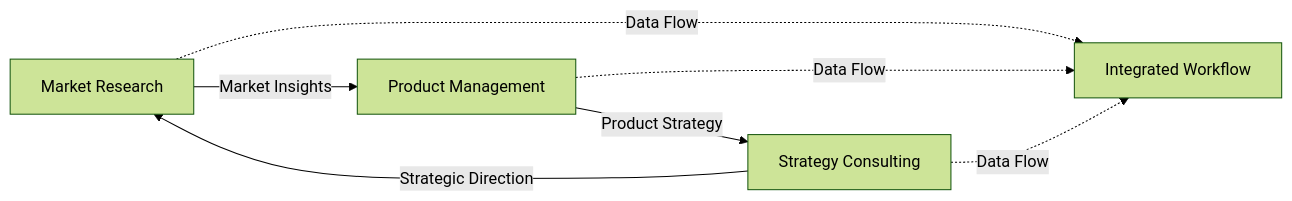
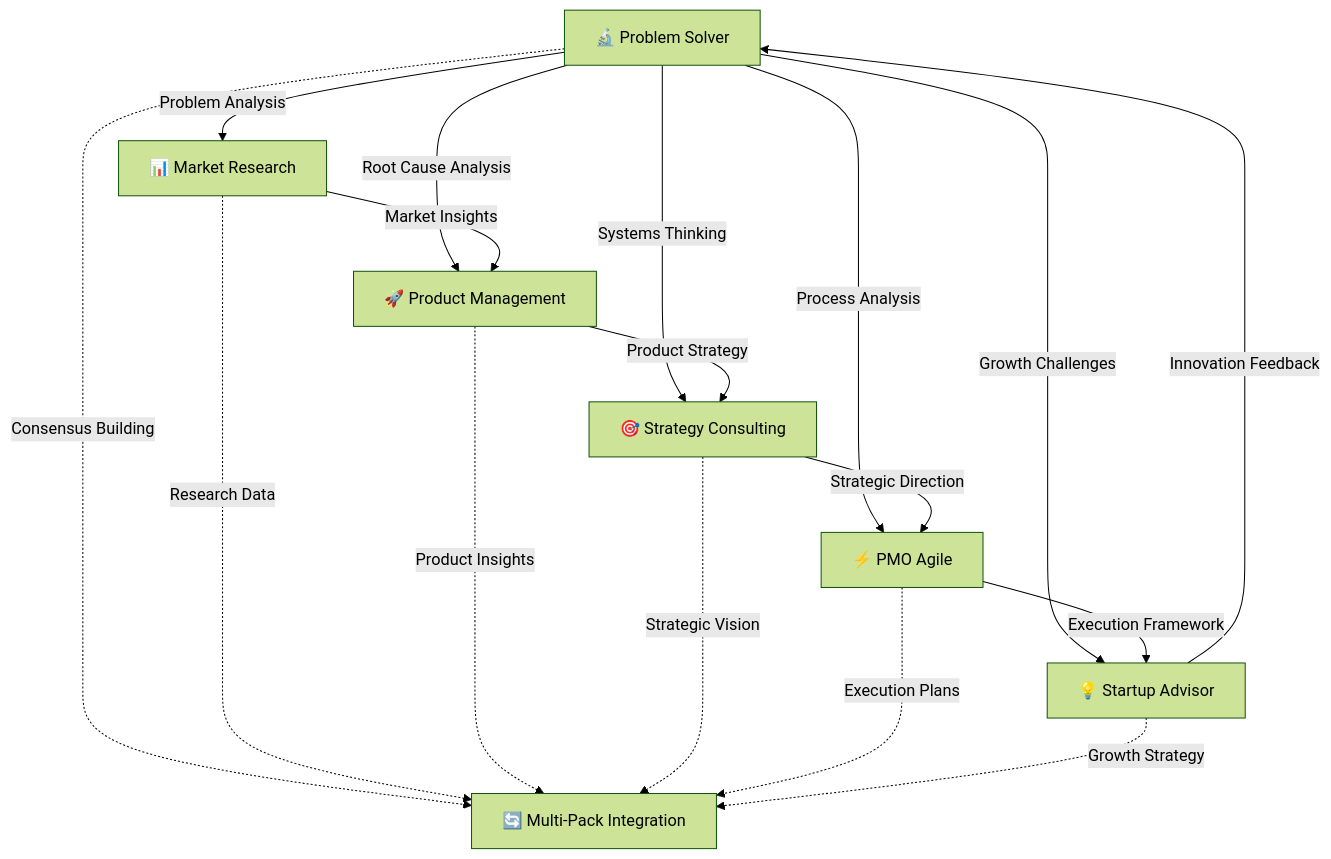
One commit to blackbirdzzzz365-gif/BMAD-METHOD-EXP-B changed the diagram in README.md. Above: the diagram before and after it, drawn with Mermaid (forest theme). The commit also changed other lines of this file, not shown here.

First line of the commit message:
docs: Update project README to reflect complete 6-pack ecosystem v1.1.0

````diff
--- a/README.md
+++ b/README.md
@@ -136,10 +211,21 @@
 ```mermaid
-graph LR
-    MR[Market Research] -->|Market Insights| PM[Product Management]
-    PM -->|Product Strategy| SC[Strategy Consulting]
-    SC -->|Strategic Direction| MR
+graph TB
+    PS[🔬 Problem Solver] --> |Problem Analysis| MR[📊 Market Research]
+    PS --> |Root Cause Analysis| PM[🚀 Product Management]
+    PS --> |Systems Thinking| SC[🎯 Strategy Consulting]
+    PS --> |Process Analysis| PMO[⚡ PMO Agile]
+    PS --> |Growth Challenges| SA[💡 Startup Advisor]
     
-    MR -.->|Data Flow| Integration[Integrated Workflow]
-    PM -.->|Data Flow| Integration
-    SC -.->|Data Flow| Integration
+    MR -->|Market Insights| PM
+    PM -->|Product Strategy| SC
+    SC -->|Strategic Direction| PMO
+    PMO -->|Execution Framework| SA
+    SA -->|Innovation Feedback| PS
+    
+    PS -.->|Consensus Building| Integration[🔄 Multi-Pack Integration]
+    MR -.->|Research Data| Integration
+    PM -.->|Product Insights| Integration
+    SC -.->|Strategic Vision| Integration
+    PMO -.->|Execution Plans| Integration
+    SA -.->|Growth Strategy| Integration
 ```
````
